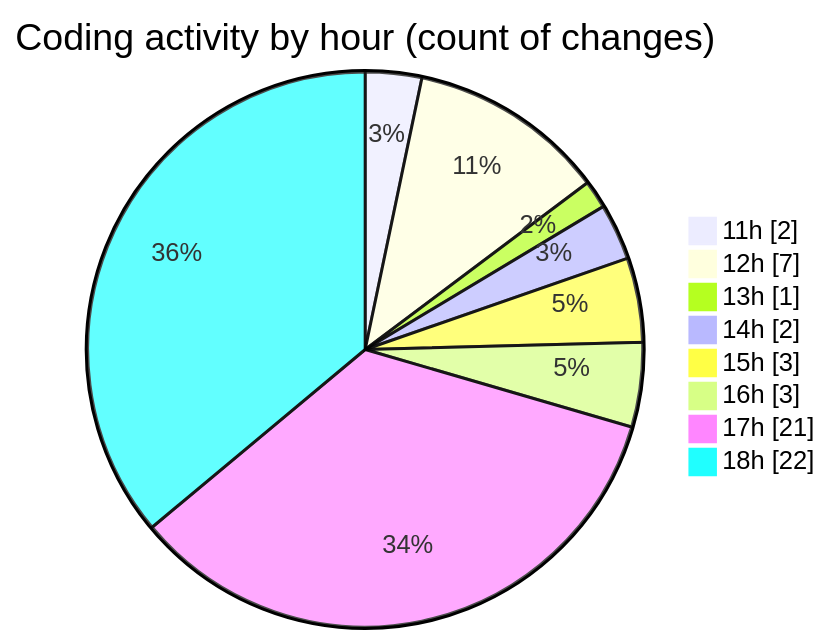
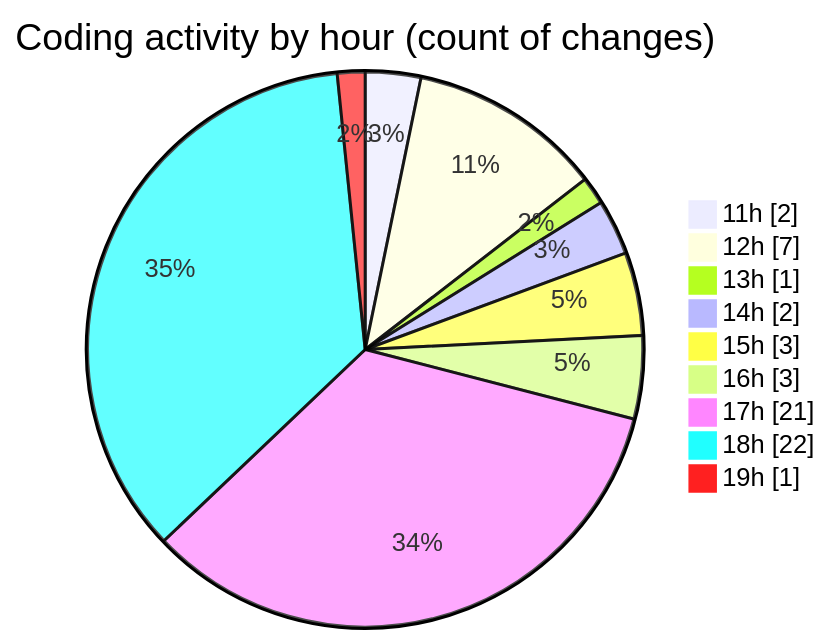
The second of 2 diagrams in 2025-11-10/nxtqube_webapp/README.md (nxtqubesakshisongat/code-tracking), drawn with Mermaid before and after one commit. The commit also changed other lines of this file and 1 other file, not shown here.

````diff
--- a/2025-11-10/nxtqube_webapp/README.md
+++ b/2025-11-10/nxtqube_webapp/README.md
@@ -42,12 +43,13 @@
 ```mermaid
 pie showData
 title Coding activity by hour (count of changes)
 "11h" : 2
 "12h" : 7
 "13h" : 1
 "14h" : 2
 "15h" : 3
 "16h" : 3
 "17h" : 21
 "18h" : 22
+"19h" : 1
 ```
````
